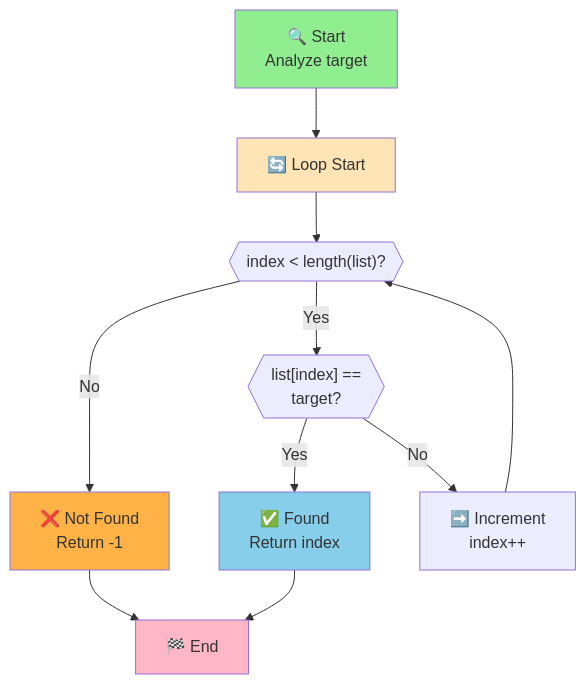
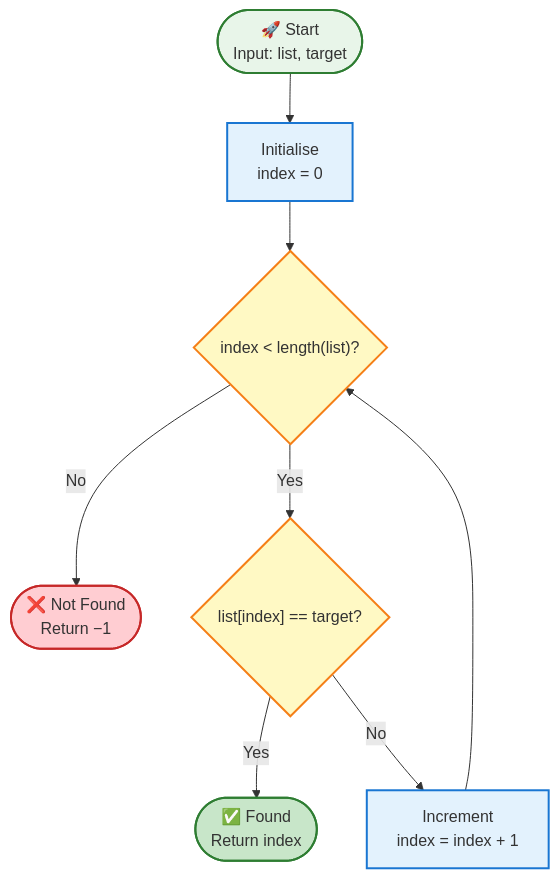
One commit to 4BZDOG/HSC_SoftwareEngineering changed the diagram in diagrams/source-code/flowcharts/linear-search-algorithm.mmd. Above: the diagram before and after it, drawn with Mermaid. The commit also changed 14 other files, not shown here.

First line of the commit message:
refactor(diagrams): unify course diagrams with shared design system

```diff
--- a/diagrams/source-code/flowcharts/linear-search-algorithm.mmd
+++ b/diagrams/source-code/flowcharts/linear-search-algorithm.mmd
@@ -1,17 +1,22 @@
+%% Linear Search — iterate through each element until the target is found
+%% Syllabus: SE-11-02
 flowchart TD
-    A["🔍 Start<br/>Analyze target"] --> B["🔄 Loop Start"]
-    B --> C{{"index < length(list)?"}}
-    C -->|No| D["❌ Not Found<br/>Return -1"]
-    C -->|Yes| E{{"list[index] ==<br/>target?"}}
-    E -->|Yes| F["✅ Found<br/>Return index"]
-    E -->|No| G["➡️ Increment<br/>index++"]
+    A(["🚀 Start<br/>Input: list, target"]) --> B["Initialise<br/>index = 0"]
+    B --> C{"index &lt; length(list)?"}
+    C -- No --> D(["❌ Not Found<br/>Return −1"])
+    C -- Yes --> E{"list[index] == target?"}
+    E -- Yes --> F(["✅ Found<br/>Return index"])
+    E -- No  --> G["Increment<br/>index = index + 1"]
     G --> C
 
-    D --> H["🏁 End"]
-    F --> H
+    classDef start    fill:#e8f5e9,stroke:#2E7D32,stroke-width:2px
+    classDef process  fill:#e3f2fd,stroke:#1976D2,stroke-width:2px
+    classDef decision fill:#fff9c4,stroke:#F57F17,stroke-width:2px
+    classDef good     fill:#c8e6c9,stroke:#2E7D32,stroke-width:2px
+    classDef bad      fill:#ffcdd2,stroke:#C62828,stroke-width:2px
 
-    style A fill:#90EE90
-    style H fill:#FFB6C6
-    style F fill:#87CEEB
-    style D fill:#FFB347
-    style B fill:#FFE4B5
+    class A start
+    class B,G process
+    class C,E decision
+    class F good
+    class D bad
```
